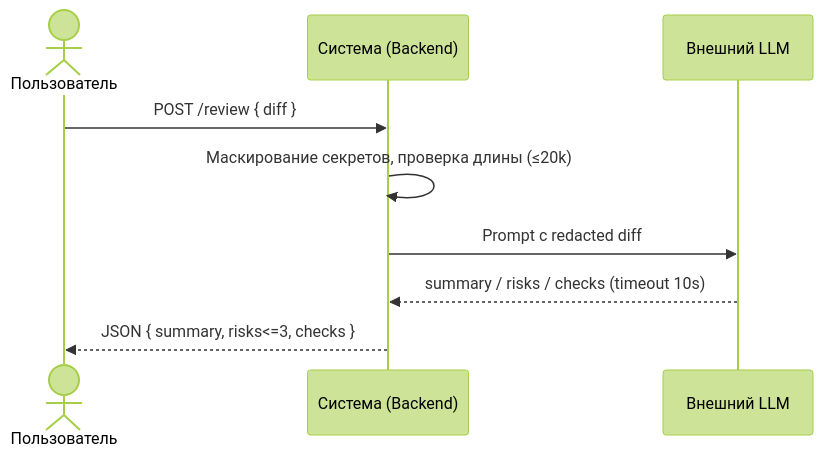
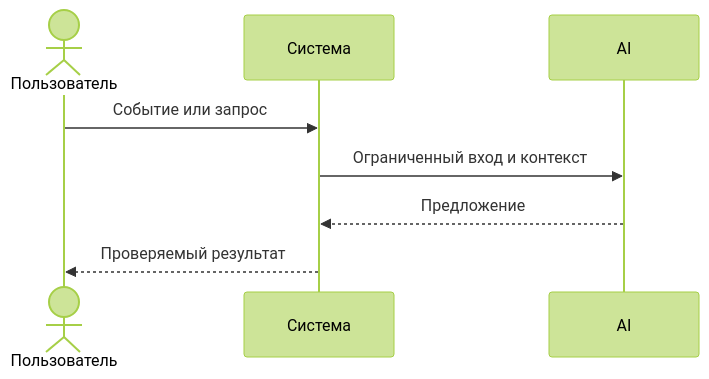
Before and after one commit to x1000sag/ITMOv2: the diagram in practices/practice_01/product_management.md, drawn with Mermaid (forest theme). The commit also changed other lines of this file, not shown here.

````diff
--- a/practices/practice_01/product_management.md
+++ b/practices/practice_01/product_management.md
@@ -24,11 +21,10 @@
 ```mermaid
 sequenceDiagram
     actor User as Пользователь
-    participant System as Система (Backend)
-    participant AI as Внешний LLM
-    User->>System: POST /review { diff }
-    System->>System: Маскирование секретов, проверка длины (≤20k)
-    System->>AI: Prompt с redacted diff
-    AI-->>System: summary / risks / checks (timeout 10s)
-    System-->>User: JSON { summary, risks<=3, checks }
+    participant System as Система
+    participant AI as AI
+    User->>System: Событие или запрос
+    System->>AI: Ограниченный вход и контекст
+    AI-->>System: Предложение
+    System-->>User: Проверяемый результат
 ```
````
